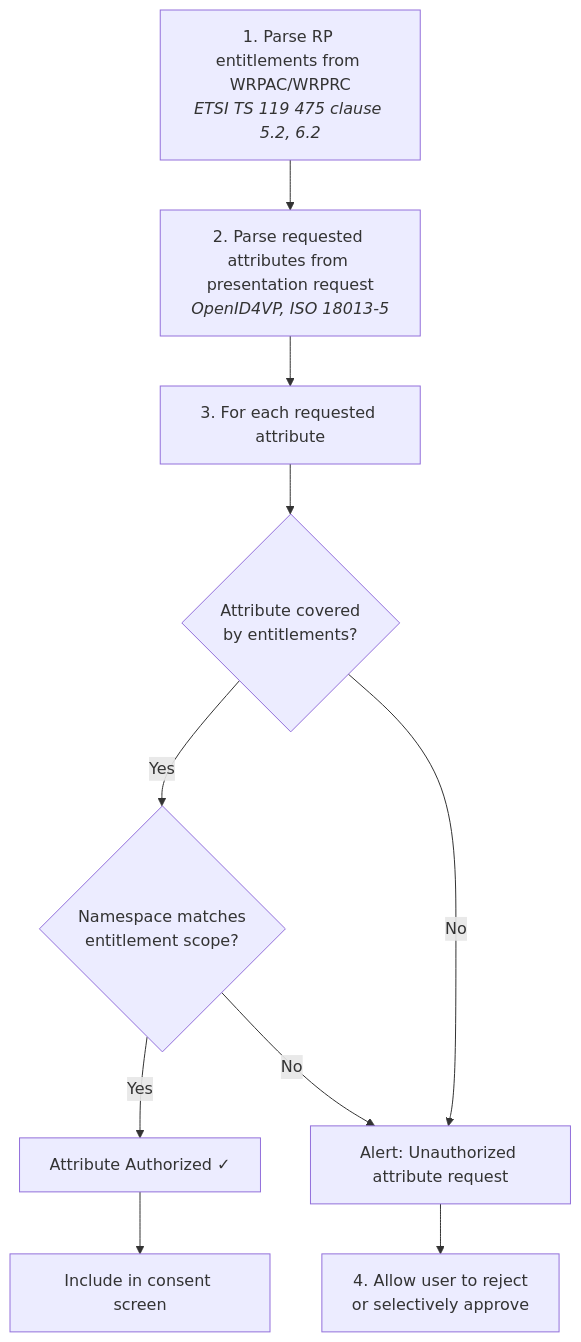
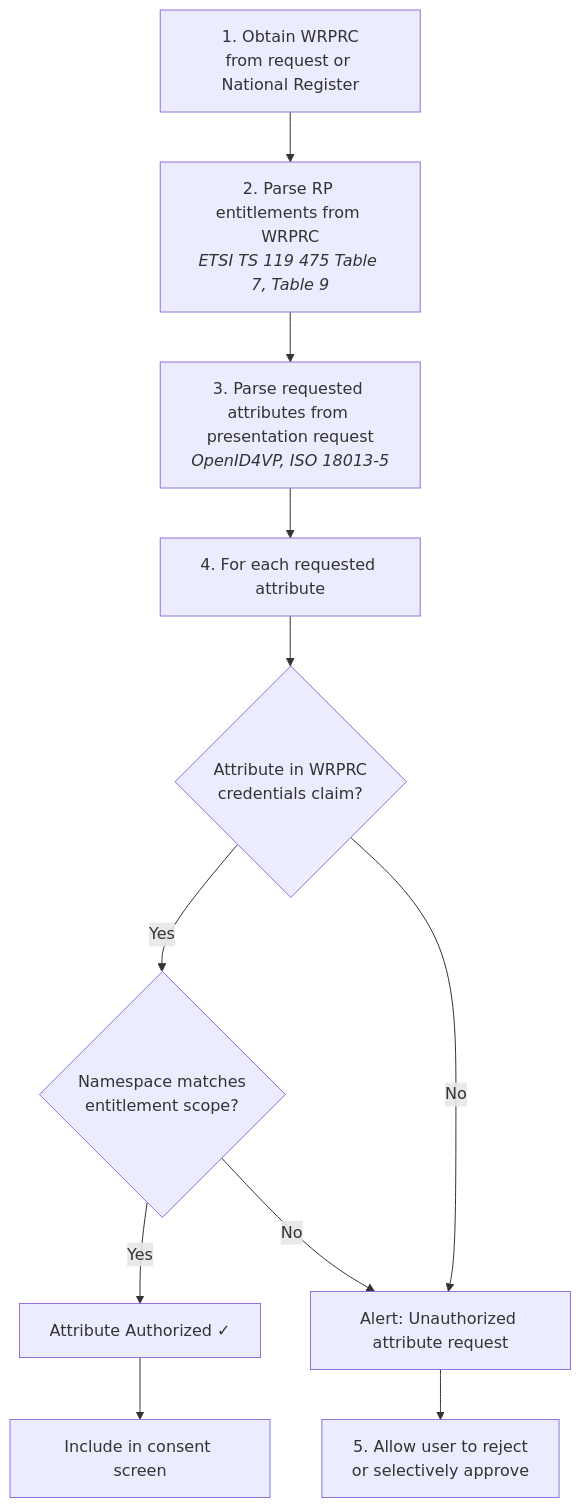
The sixth of 7 diagrams in task2-trust-framework/wallet-policy-discovery.md (webuild-consortium/wp4-trust-group), drawn with Mermaid before and after one commit. The commit also changed other lines of this file, not shown here.

Commit message:
chore: policy discovery when WRPRC is missing

````diff
--- a/task2-trust-framework/wallet-policy-discovery.md
+++ b/task2-trust-framework/wallet-policy-discovery.md
@@ -381,12 +425,13 @@
 ```mermaid
 flowchart TD
-    A[1. Parse RP entitlements from WRPAC/WRPRC<br/><i>ETSI TS 119 475 clause 5.2, 6.2</i>] --> B
-    B[2. Parse requested attributes from presentation request<br/><i>OpenID4VP, ISO 18013-5</i>] --> C
-    C[3. For each requested attribute] --> D{Attribute covered<br/>by entitlements?}
-    D -->|Yes| E{Namespace matches<br/>entitlement scope?}
-    D -->|No| F[Alert: Unauthorized attribute request]
-    E -->|Yes| G[Attribute Authorized ✓]
-    E -->|No| F
-    F --> H[4. Allow user to reject<br/>or selectively approve]
-    G --> I[Include in consent screen]
+    A[1. Obtain WRPRC<br/>from request or National Register] --> B
+    B[2. Parse RP entitlements from WRPRC<br/><i>ETSI TS 119 475 Table 7, Table 9</i>] --> C
+    C[3. Parse requested attributes from presentation request<br/><i>OpenID4VP, ISO 18013-5</i>] --> D
+    D[4. For each requested attribute] --> E{Attribute in WRPRC<br/>credentials claim?}
+    E -->|Yes| F{Namespace matches<br/>entitlement scope?}
+    E -->|No| G[Alert: Unauthorized attribute request]
+    F -->|Yes| H[Attribute Authorized ✓]
+    F -->|No| G
+    G --> I[5. Allow user to reject<br/>or selectively approve]
+    H --> J[Include in consent screen]
 ```
````
